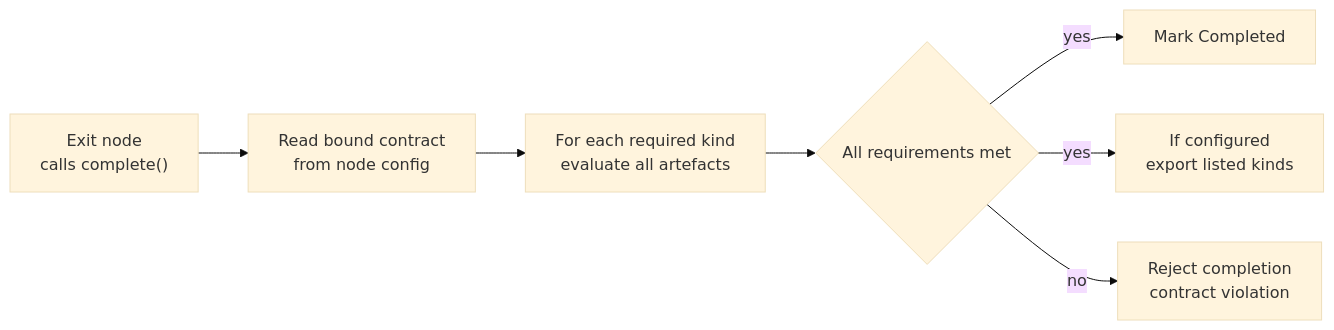
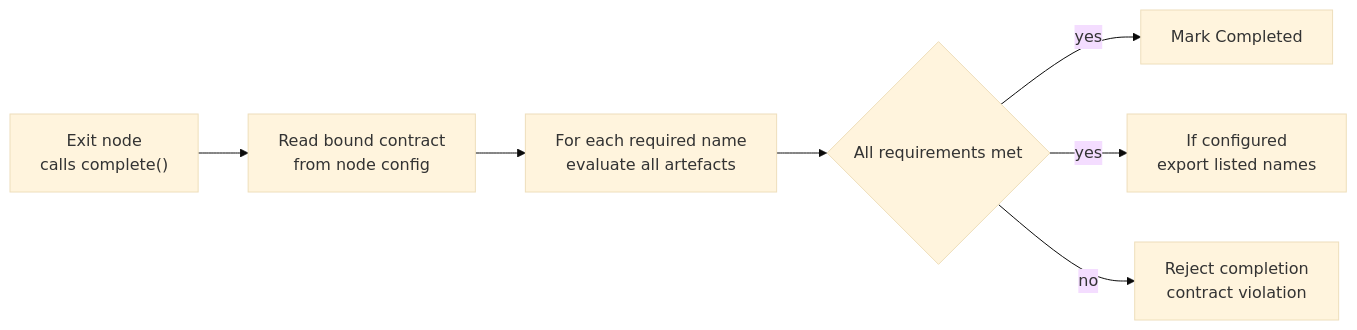
One commit to really-knows-ai/gideas changed the third of 3 diagrams in specs/02-flow/05-configuration.md. Above: the diagram before and after it, drawn with Mermaid (base theme). The commit also changed other lines of this file and 59 other files, not shown here.

````diff
--- a/specs/02-flow/05-configuration.md
+++ b/specs/02-flow/05-configuration.md
@@ -129,9 +129,9 @@
 ```mermaid
 flowchart LR
     N["Exit node<br/>calls complete()"] --> B["Read bound contract<br/>from node config"]
-    B --> K["For each required kind<br/>evaluate all artefacts"]
+    B --> K["For each required name<br/>evaluate all artefacts"]
     K --> P{All requirements met}
     P -->|yes| Q["Mark Completed"]
-    P -->|yes| X["If configured<br/>export listed kinds"]
+    P -->|yes| X["If configured<br/>export listed names"]
     P -->|no| R["Reject completion<br/>contract violation"]
 ```
````
